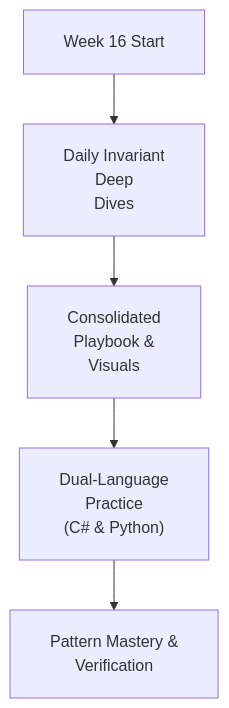
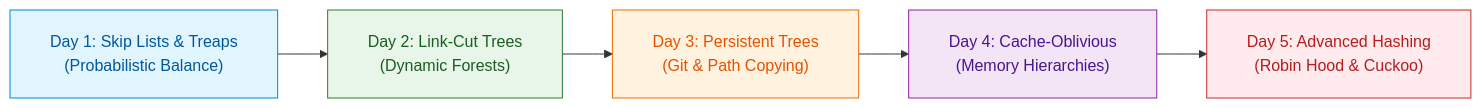
Before and after one commit to dip4k/DSA_102: the diagram in week_16_advanced_data_structures/README.md, drawn with Mermaid. The commit also changed other lines of this file and 147 other files, not shown here.

First line of the commit message:
feat(curriculum): enrich Weeks 01-19 instructional modules & resolve repository-wide Mermaid cutoff

````diff
--- a/week_16_advanced_data_structures/README.md
+++ b/week_16_advanced_data_structures/README.md
@@ -16,8 +21,14 @@
 ```mermaid
 %%{init: {"flowchart": {"htmlLabels": true, "padding": 20}, "themeCSS": "foreignObject { overflow: visible !important; }"}}%%
-flowchart TD
-    Start["Week 16 Start"] --> Daily["Daily Invariant<br/>Deep<br/>Dives"]
-    Daily --> Playbook["Consolidated<br/>Playbook &<br/>Visuals"]
-    Playbook --> DualLang["Dual-Language<br/>Practice<br/>(C# & Python)"]
-    DualLang --> Mastery["Pattern Mastery &<br/>Verification"]
+flowchart LR
+    D1["Day 1: Skip Lists & Treaps<br/>(Probabilistic Balance)"] --> D2["Day 2: Link-Cut Trees<br/>(Dynamic Forests)"]
+    D2 --> D3["Day 3: Persistent Trees<br/>(Git & Path Copying)"]
+    D3 --> D4["Day 4: Cache-Oblivious<br/>(Memory Hierarchies)"]
+    D4 --> D5["Day 5: Advanced Hashing<br/>(Robin Hood & Cuckoo)"]
+
+    style D1 fill:#e1f5fe,stroke:#0288d1,color:#01579b
+    style D2 fill:#e8f5e9,stroke:#2e7d32,color:#1b5e20
+    style D3 fill:#fff3e0,stroke:#ef6c00,color:#e65100
+    style D4 fill:#f3e5f5,stroke:#8e24aa,color:#4a148c
+    style D5 fill:#ffebee,stroke:#c62828,color:#b71c1c
 ```
````
